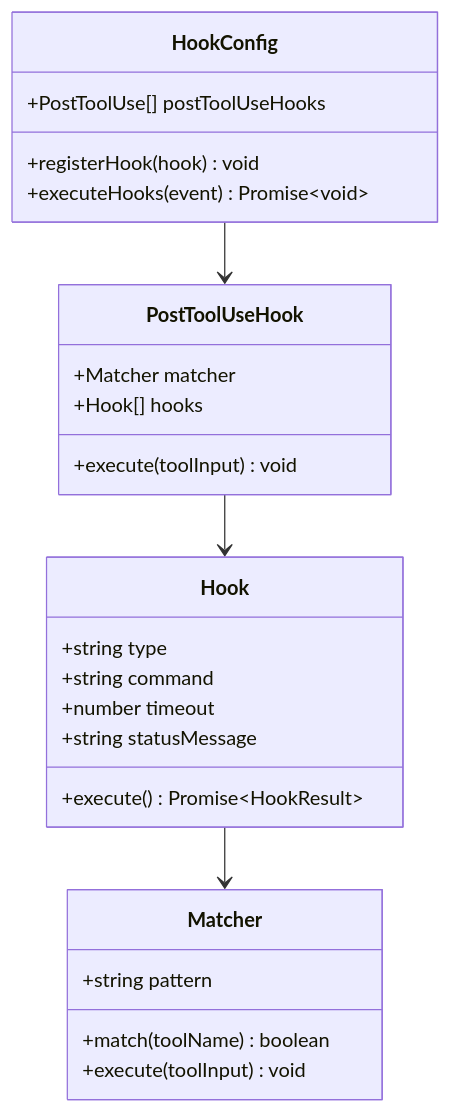
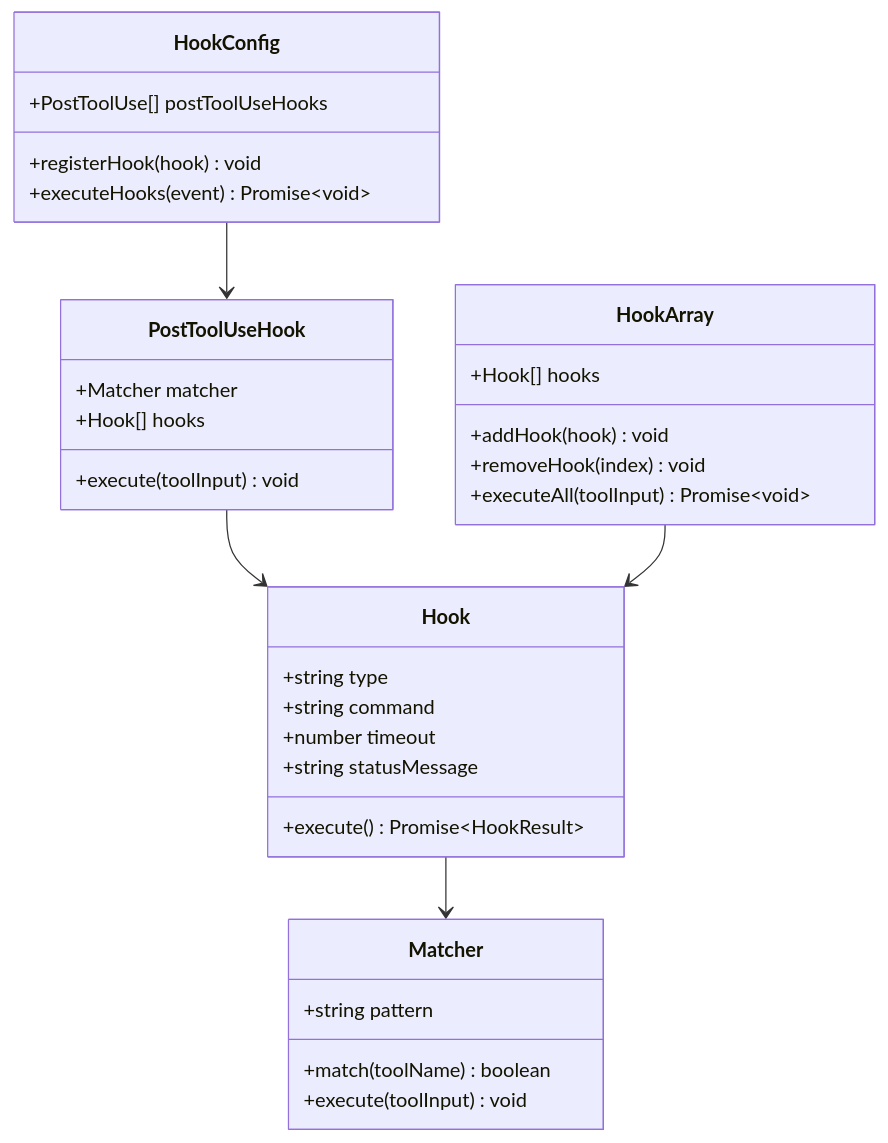
The eighth of 14 diagrams in .qoder/repowiki/zh/content/快速开始/Claude Code 集成指南/Claude 设置配置.md (coconilu/RepoHelm), drawn with Mermaid before and after one commit. The commit also changed other lines of this file and 14 other files, not shown here.

````diff
--- a/.qoder/repowiki/zh/content/快速开始/Claude Code 集成指南/Claude 设置配置.md
+++ b/.qoder/repowiki/zh/content/快速开始/Claude Code 集成指南/Claude 设置配置.md
@@ -305,28 +314,35 @@
 ```mermaid
 classDiagram
 class HookConfig {
 +PostToolUse[] postToolUseHooks
 +registerHook(hook) void
 +executeHooks(event) Promise~void~
 }
 class PostToolUseHook {
 +Matcher matcher
 +Hook[] hooks
 +execute(toolInput) void
 }
 class Hook {
 +string type
 +string command
 +number timeout
 +string statusMessage
 +execute() Promise~HookResult~
 }
 class Matcher {
 +string pattern
 +match(toolName) boolean
 +execute(toolInput) void
 }
+class HookArray {
++Hook[] hooks
++addHook(hook) void
++removeHook(index) void
++executeAll(toolInput) Promise~void~
+}
 HookConfig --> PostToolUseHook
 PostToolUseHook --> Hook
 Hook --> Matcher
+HookArray --> Hook
 ```
````
